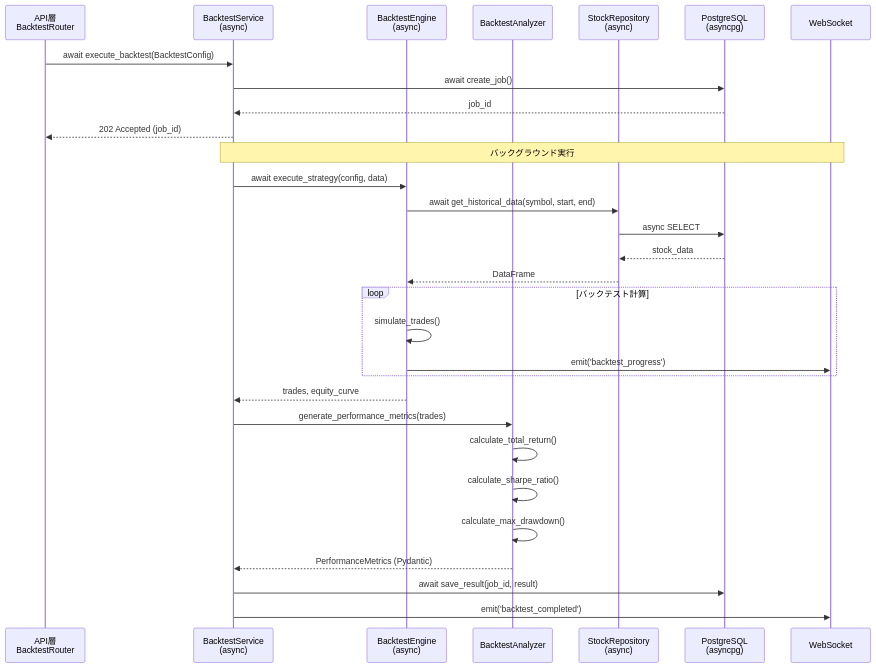
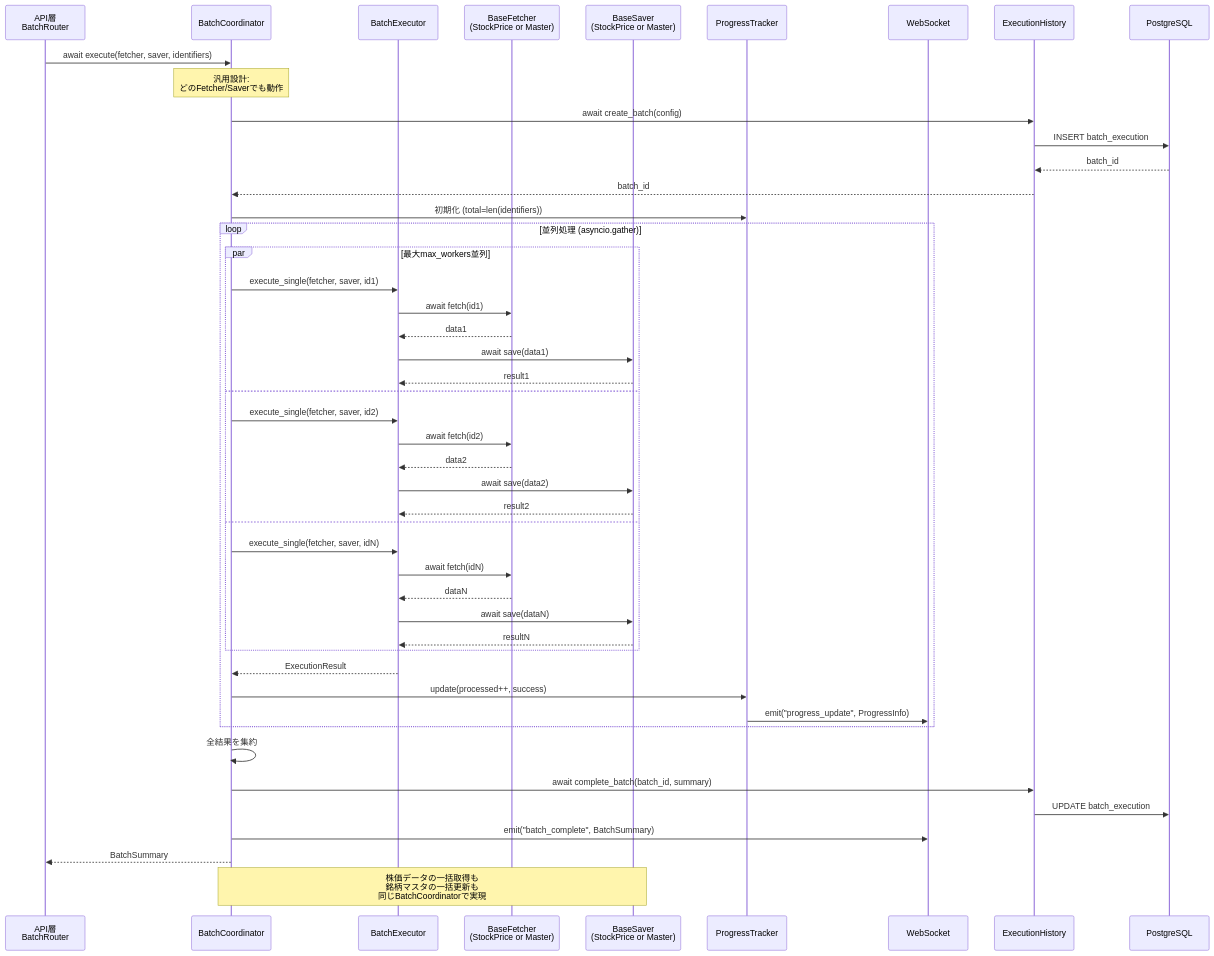
One commit to TIMMY-WEST/STOCK-INVESTMENT-ANALYZER changed the seventh of 7 diagrams in docs/architecture/layers/service_layer.md. Above: the diagram before and after it, drawn with Mermaid. The commit also changed other lines of this file, not shown here.

````diff
--- a/docs/architecture/layers/service_layer.md
+++ b/docs/architecture/layers/service_layer.md
@@ -1020,39 +959,58 @@
 ```mermaid
 sequenceDiagram
-    participant API as API層<br/>BacktestRouter
-    participant Service as BacktestService<br/>(async)
-    participant Engine as BacktestEngine<br/>(async)
-    participant Analyzer as BacktestAnalyzer
-    participant StockRepo as StockRepository<br/>(async)
-    participant DB as PostgreSQL<br/>(asyncpg)
+    participant API as API層<br/>BatchRouter
+    participant Coord as BatchCoordinator
+    participant Executor as BatchExecutor
+    participant Fetcher as BaseFetcher<br/>(StockPrice or Master)
+    participant Saver as BaseSaver<br/>(StockPrice or Master)
+    participant Progress as ProgressTracker
     participant WS as WebSocket
+    participant History as ExecutionHistory
+    participant DB as PostgreSQL
 
-    API->>Service: await execute_backtest(BacktestConfig)
-    Service->>DB: await create_job()
-    DB-->>Service: job_id
-    Service-->>API: 202 Accepted (job_id)
+    API->>Coord: await execute(fetcher, saver, identifiers)
 
-    Note over Service,WS: バックグラウンド実行
+    Note over Coord: 汎用設計:<br/>どのFetcher/Saverでも動作
 
-    Service->>Engine: await execute_strategy(config, data)
-    Engine->>StockRepo: await get_historical_data(symbol, start, end)
-    StockRepo->>DB: async SELECT
-    DB-->>StockRepo: stock_data
-    StockRepo-->>Engine: DataFrame
+    Coord->>History: await create_batch(config)
+    History->>DB: INSERT batch_execution
+    DB-->>History: batch_id
+    History-->>Coord: batch_id
 
-    loop バックテスト計算
-        Engine->>Engine: simulate_trades()
-        Engine->>WS: emit('backtest_progress')
+    Coord->>Progress: 初期化 (total=len(identifiers))
+
+    loop 並列処理 (asyncio.gather)
+        par 最大max_workers並列
+            Coord->>Executor: execute_single(fetcher, saver, id1)
+            Executor->>Fetcher: await fetch(id1)
+            Fetcher-->>Executor: data1
+            Executor->>Saver: await save(data1)
+            Saver-->>Executor: result1
+        and
+            Coord->>Executor: execute_single(fetcher, saver, id2)
+            Executor->>Fetcher: await fetch(id2)
+            Fetcher-->>Executor: data2
+            Executor->>Saver: await save(data2)
+            Saver-->>Executor: result2
+        and
+            Coord->>Executor: execute_single(fetcher, saver, idN)
+            Executor->>Fetcher: await fetch(idN)
+            Fetcher-->>Executor: dataN
+            Executor->>Saver: await save(dataN)
+            Saver-->>Executor: resultN
+        end
+
+        Executor-->>Coord: ExecutionResult
+        Coord->>Progress: update(processed++, success)
+        Progress->>WS: emit("progress_update", ProgressInfo)
     end
 
-    Engine-->>Service: trades, equity_curve
+    Coord->>Coord: 全結果を集約
+    Coord->>History: await complete_batch(batch_id, summary)
+    History->>DB: UPDATE batch_execution
 
-    Service->>Analyzer: generate_performance_metrics(trades)
-    Analyzer->>Analyzer: calculate_total_return()
-    Analyzer->>Analyzer: calculate_sharpe_ratio()
-    Analyzer->>Analyzer: calculate_max_drawdown()
-    Analyzer-->>Service: PerformanceMetrics (Pydantic)
+    Coord->>WS: emit("batch_complete", BatchSummary)
+    Coord-->>API: BatchSummary
 
-    Service->>DB: await save_result(job_id, result)
-    Service->>WS: emit('backtest_completed')
+    Note over Coord,Saver: 株価データの一括取得も<br/>銘柄マスタの一括更新も<br/>同じBatchCoordinatorで実現
 ```
````
